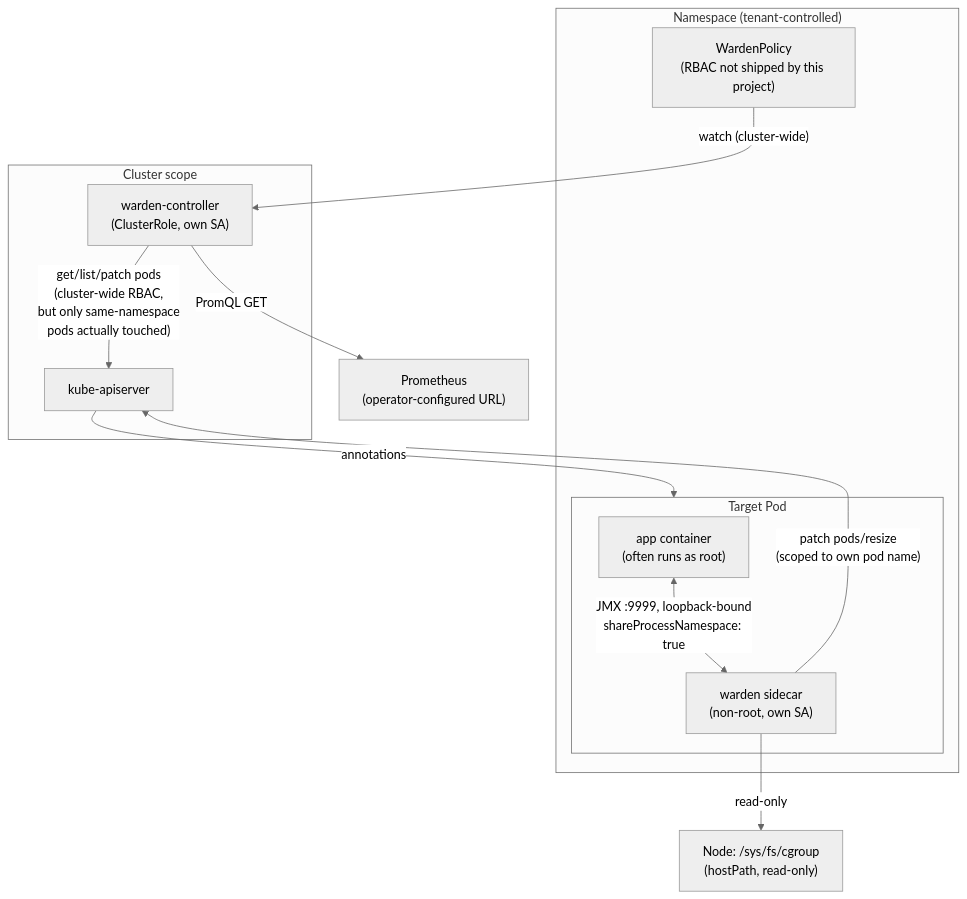
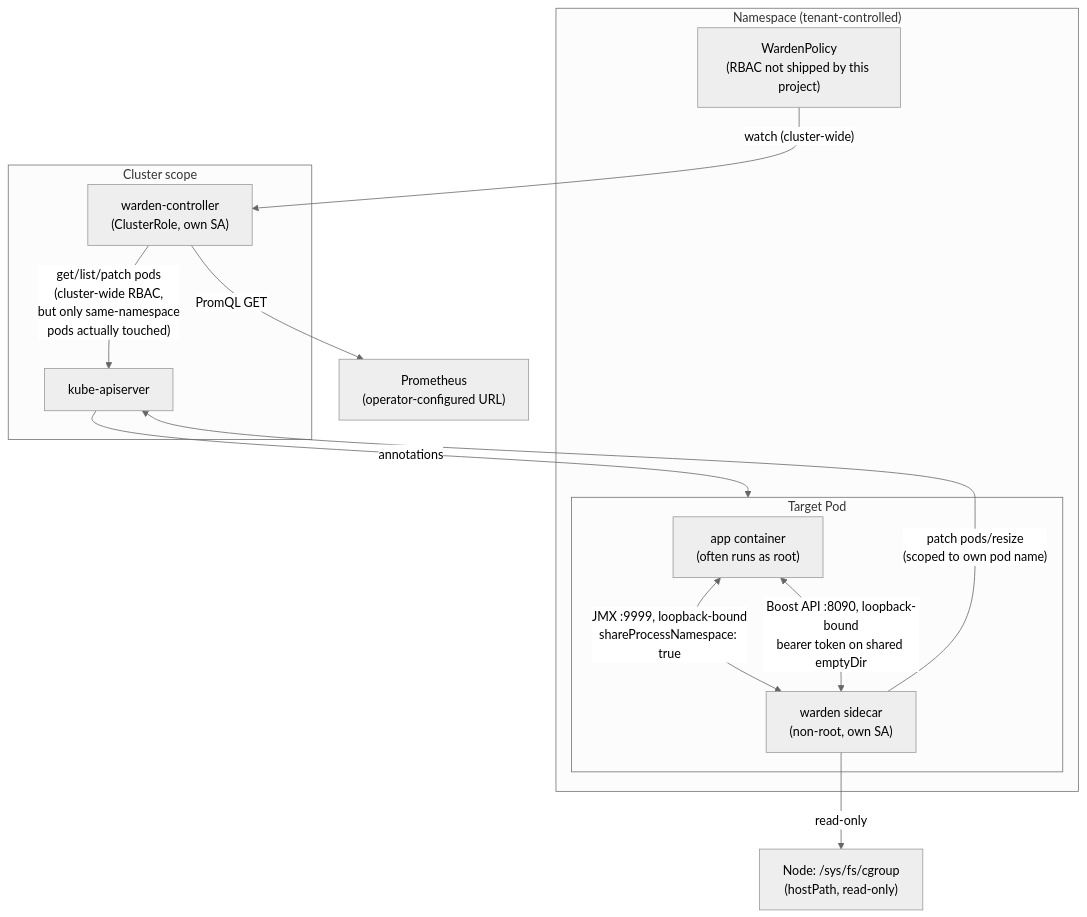
The diagram in docs/threat-model.md (baokhang83/mnemo-jvm-warden), drawn with Mermaid (neutral theme) before and after one commit. The commit also changed other lines of this file and 20 other files, not shown here.

First line of the commit message:
Add authenticated local sidecar boost API (B8)

````diff
--- a/docs/threat-model.md
+++ b/docs/threat-model.md
@@ -64,26 +64,27 @@
 ```mermaid
 flowchart TB
     subgraph ns["Namespace (tenant-controlled)"]
         WP["WardenPolicy<br/>(RBAC not shipped by this project)"]
         subgraph pod["Target Pod"]
             APP["app container<br/>(often runs as root)"]
             AGT["warden sidecar<br/>(non-root, own SA)"]
             APP <-->|"JMX :9999, loopback-bound<br/>shareProcessNamespace: true"| AGT
+            APP <-->|"Boost API :8090, loopback-bound<br/>bearer token on shared emptyDir"| AGT
         end
     end
 
     subgraph clusterscope["Cluster scope"]
         CTRL["warden-controller<br/>(ClusterRole, own SA)"]
         API["kube-apiserver"]
     end
 
     NODE["Node: /sys/fs/cgroup<br/>(hostPath, read-only)"]
     PROM["Prometheus<br/>(operator-configured URL)"]
 
     WP -->|"watch (cluster-wide)"| CTRL
     CTRL -->|"get/list/patch pods<br/>(cluster-wide RBAC,<br/>but only same-namespace<br/>pods actually touched)"| API
     CTRL -->|"PromQL GET"| PROM
     API -->|"annotations"| pod
     AGT -->|"patch pods/resize<br/>(scoped to own pod name)"| API
     AGT -->|"read-only"| NODE
 ```
````
